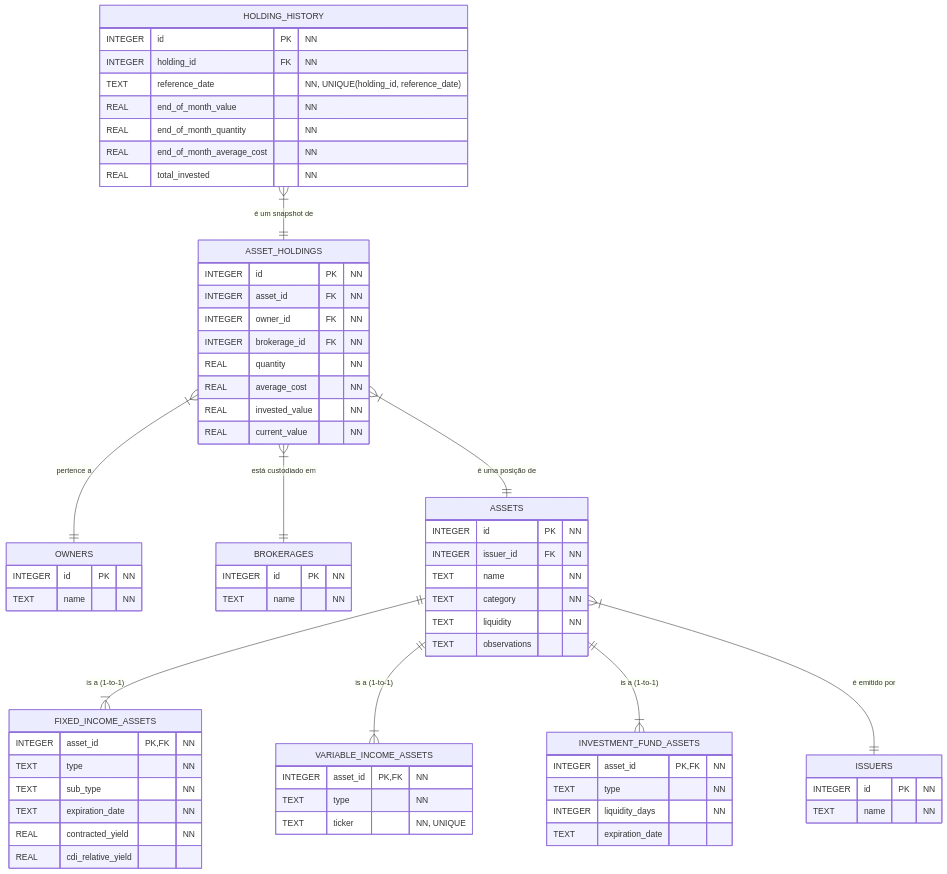
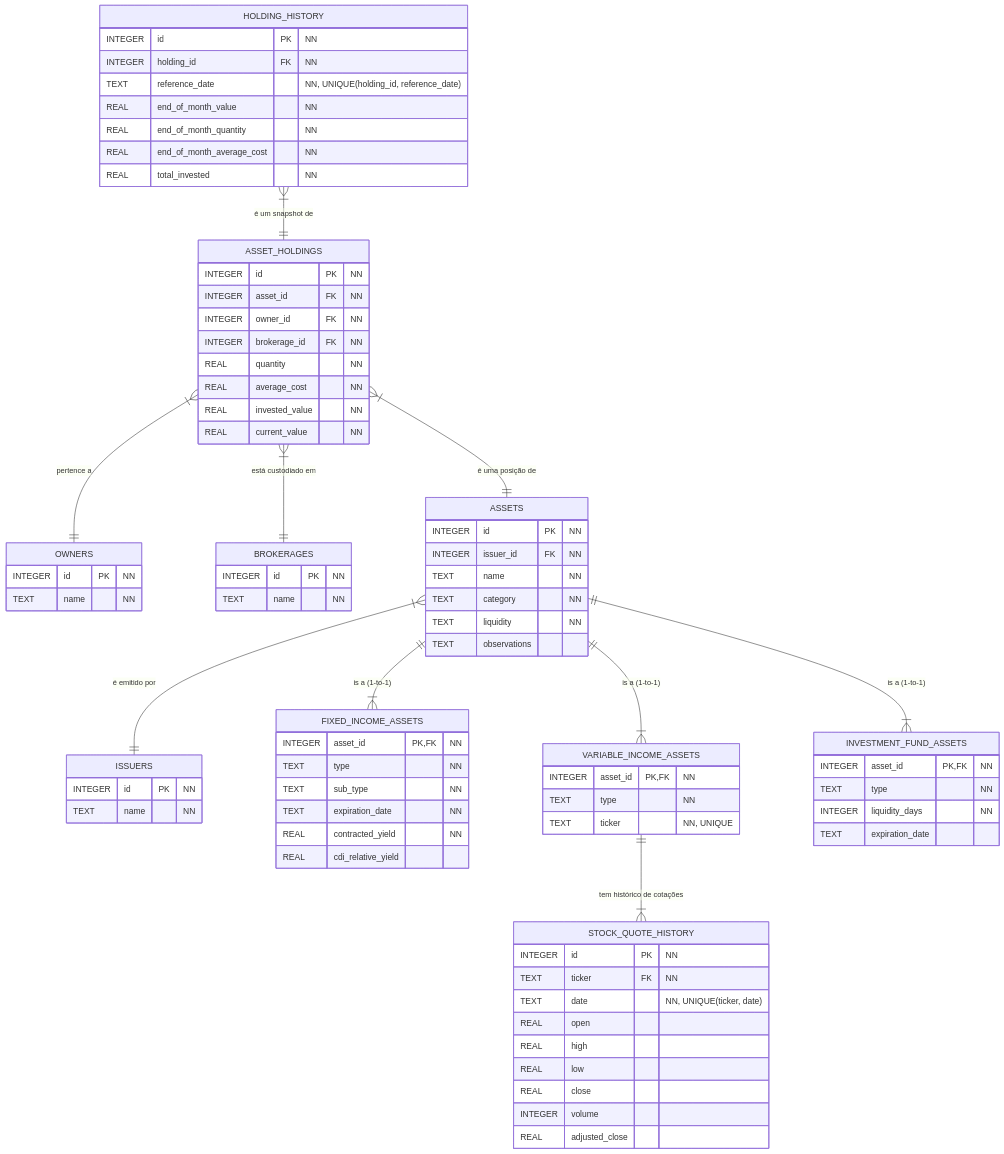
Before and after one commit to enirsilvaferraz/Investments-KMP: the diagram in docs/Modelagem do Banco de Dados.md, drawn with Mermaid. The commit also changed other lines of this file and 1 other file, not shown here.

First line of the commit message:
feat: Add stock quote history table and entity

````diff
--- a/docs/Modelagem do Banco de Dados.md
+++ b/docs/Modelagem do Banco de Dados.md
@@ -7,70 +7,82 @@
 ```mermaid
 erDiagram
     OWNERS {
         INTEGER id PK "NN"
         TEXT name "NN"
     }
     BROKERAGES {
         INTEGER id PK "NN"
         TEXT name "NN"
     }
     ISSUERS {
         INTEGER id PK "NN"
         TEXT name "NN"
     }
     ASSETS {
         INTEGER id PK "NN"
         INTEGER issuer_id FK "NN"
         TEXT name "NN"
         TEXT category "NN"
         TEXT liquidity "NN"
         TEXT observations
     }
     FIXED_INCOME_ASSETS {
         INTEGER asset_id PK, FK "NN"
         TEXT type "NN"
         TEXT sub_type "NN"
         TEXT expiration_date "NN"
         REAL contracted_yield "NN"
         REAL cdi_relative_yield
     }
     VARIABLE_INCOME_ASSETS {
         INTEGER asset_id PK, FK "NN"
         TEXT type "NN"
         TEXT ticker "NN, UNIQUE"
     }
     INVESTMENT_FUND_ASSETS {
         INTEGER asset_id PK, FK "NN"
         TEXT type "NN"
         INTEGER liquidity_days "NN"
         TEXT expiration_date
     }
     ASSET_HOLDINGS {
         INTEGER id PK "NN"
         INTEGER asset_id FK "NN"
         INTEGER owner_id FK "NN"
         INTEGER brokerage_id FK "NN"
         REAL quantity "NN"
         REAL average_cost "NN"
         REAL invested_value "NN"
         REAL current_value "NN"
     }
     HOLDING_HISTORY {
         INTEGER id PK "NN"
         INTEGER holding_id FK "NN"
         TEXT reference_date "NN, UNIQUE(holding_id, reference_date)"
         REAL end_of_month_value "NN"
         REAL end_of_month_quantity "NN"
         REAL end_of_month_average_cost "NN"
         REAL total_invested "NN"
     }
+    STOCK_QUOTE_HISTORY {
+        INTEGER id PK "NN"
+        TEXT ticker FK "NN"
+        TEXT date "NN, UNIQUE(ticker, date)"
+        REAL open
+        REAL high
+        REAL low
+        REAL close
+        INTEGER volume
+        REAL adjusted_close
+    }
 
     ASSETS ||--|{ FIXED_INCOME_ASSETS : "is a (1-to-1)"
     ASSETS ||--|{ VARIABLE_INCOME_ASSETS : "is a (1-to-1)"
     ASSETS ||--|{ INVESTMENT_FUND_ASSETS : "is a (1-to-1)"
     ASSETS }|--|| ISSUERS : "é emitido por"
     ASSET_HOLDINGS }|--|| ASSETS : "é uma posição de"
     ASSET_HOLDINGS }|--|| OWNERS : "pertence a"
     ASSET_HOLDINGS }|--|| BROKERAGES : "está custodiado em"
     HOLDING_HISTORY }|--|| ASSET_HOLDINGS : "é um snapshot de"
+    VARIABLE_INCOME_ASSETS ||--|{ STOCK_QUOTE_HISTORY : "tem histórico de cotações"
 ```
````
